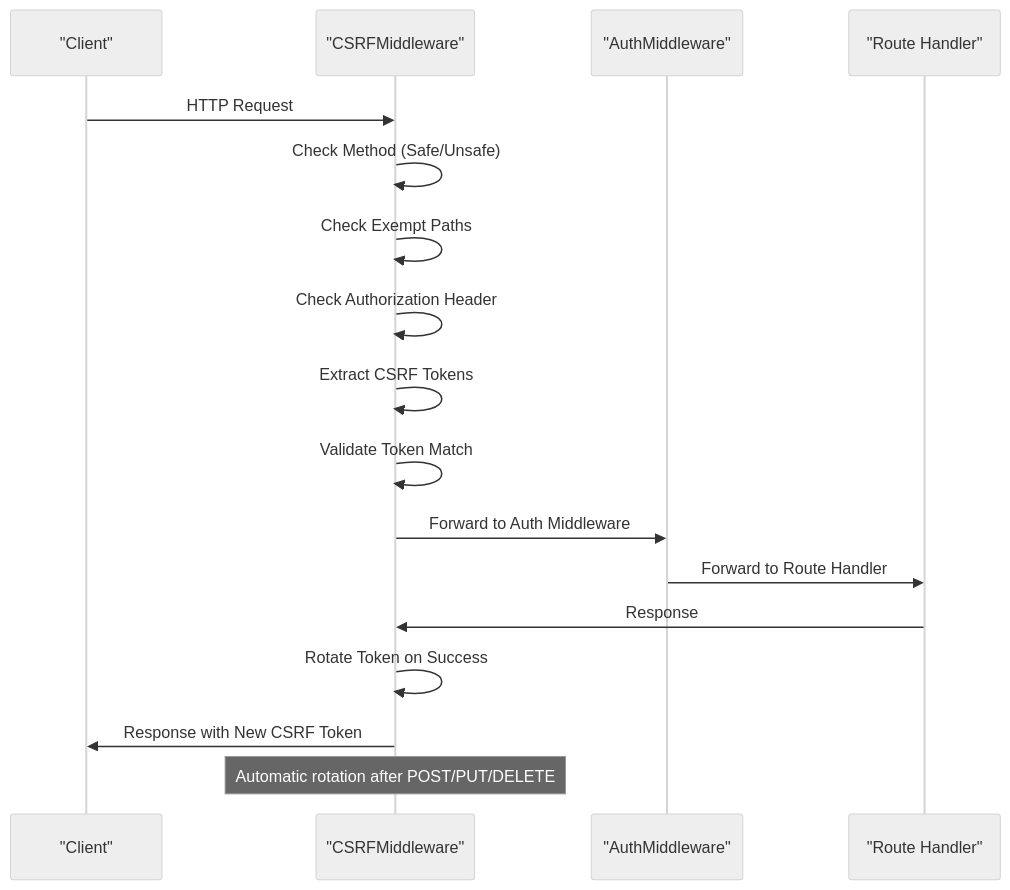
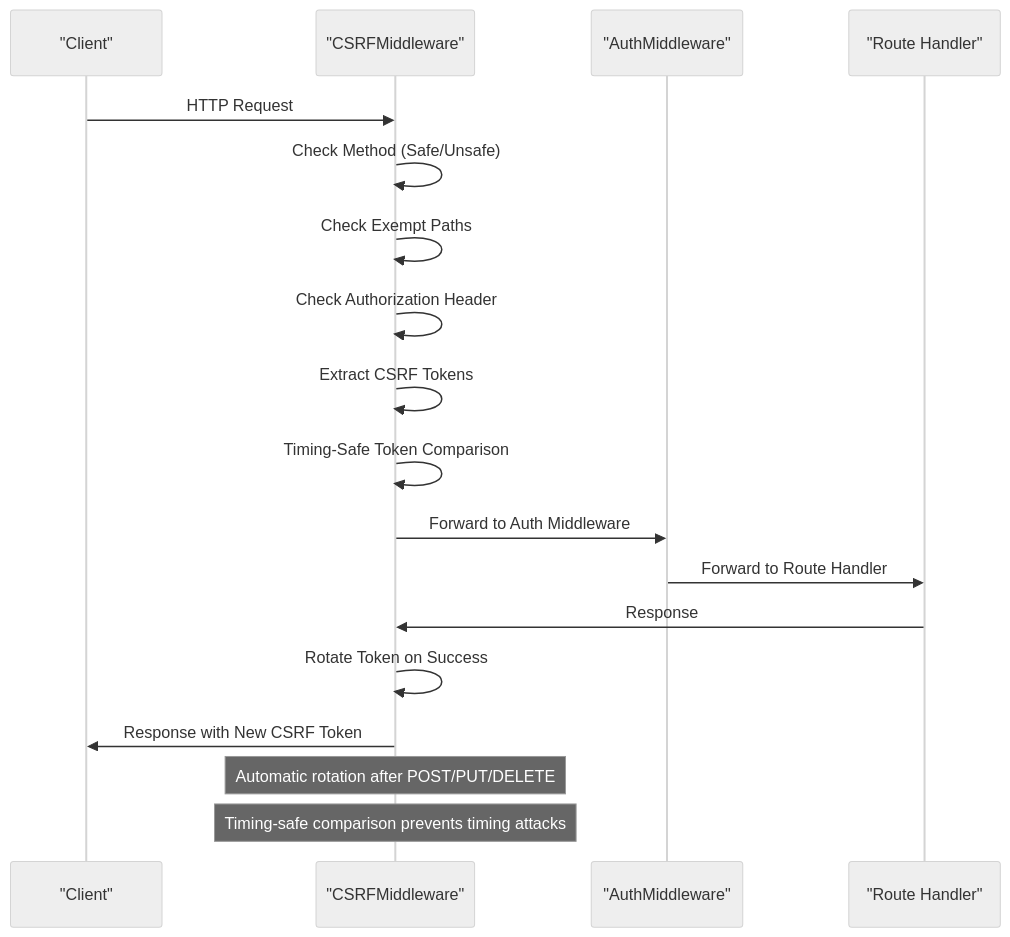
Before and after one commit to Revanththetalogics/aireume: the third of 7 diagrams in .qoder/repowiki/en/content/Advanced Topics/Security Hardening/CSRF Protection Middleware.md, drawn with Mermaid (neutral theme). The commit also changed other lines of this file and 15 other files, not shown here.

````diff
--- a/.qoder/repowiki/en/content/Advanced Topics/Security Hardening/CSRF Protection Middleware.md
+++ b/.qoder/repowiki/en/content/Advanced Topics/Security Hardening/CSRF Protection Middleware.md
@@ -132,19 +133,20 @@
 ```mermaid
 sequenceDiagram
 participant Client as "Client"
 participant CSRF as "CSRFMiddleware"
 participant Auth as "AuthMiddleware"
 participant Route as "Route Handler"
 Client->>CSRF : HTTP Request
 CSRF->>CSRF : Check Method (Safe/Unsafe)
 CSRF->>CSRF : Check Exempt Paths
 CSRF->>CSRF : Check Authorization Header
 CSRF->>CSRF : Extract CSRF Tokens
-CSRF->>CSRF : Validate Token Match
+CSRF->>CSRF : Timing-Safe Token Comparison
 CSRF->>Auth : Forward to Auth Middleware
 Auth->>Route : Forward to Route Handler
 Route->>CSRF : Response
 CSRF->>CSRF : Rotate Token on Success
 CSRF->>Client : Response with New CSRF Token
 Note over CSRF : Automatic rotation after POST/PUT/DELETE
+Note over CSRF : Timing-safe comparison prevents timing attacks
 ```
````
